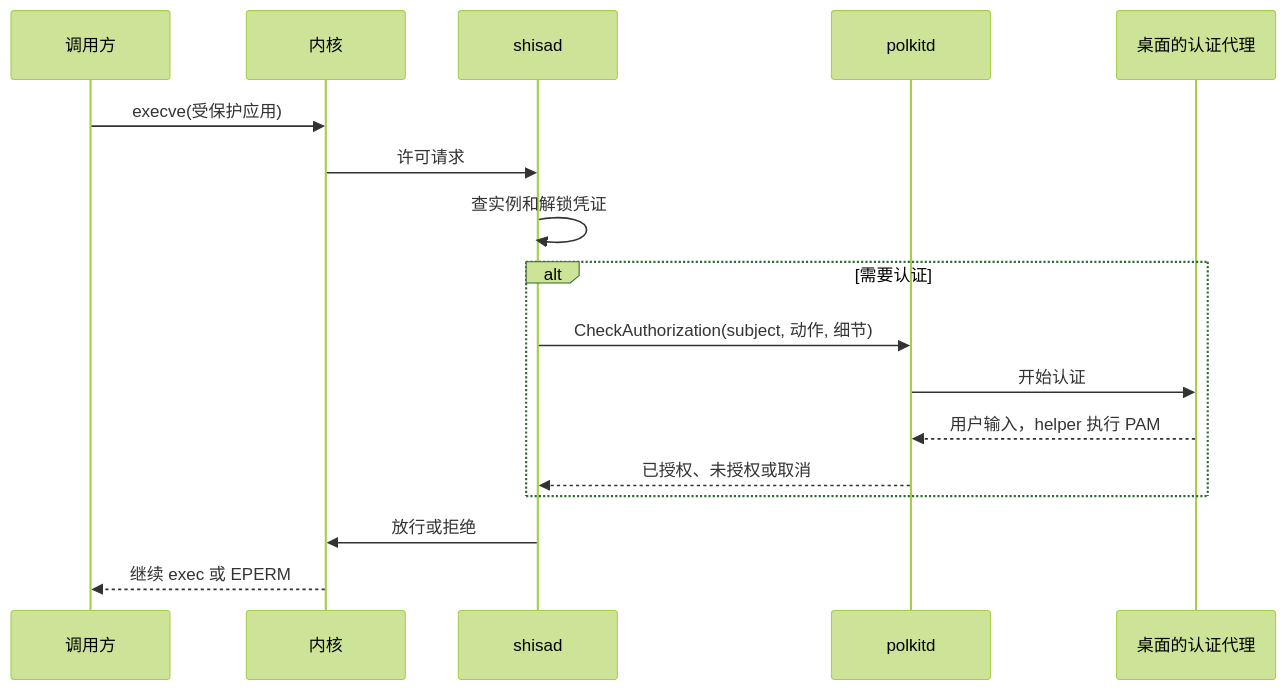
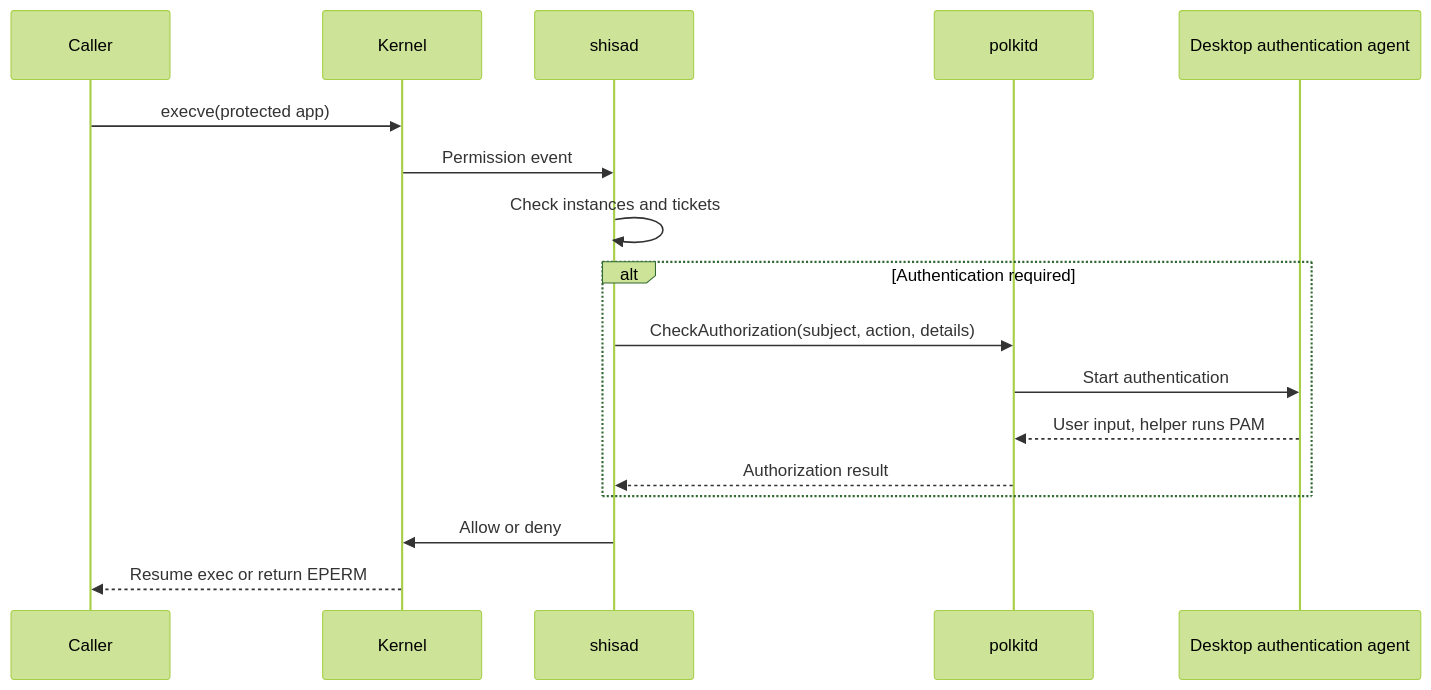
Before and after one commit to RiverOnVenus/Shisa: the diagram in docs/subsystems/authentication.md, drawn with Mermaid (forest theme). The commit also changed other lines of this file and 10 other files, not shown here.

````diff
--- a/docs/subsystems/authentication.md
+++ b/docs/subsystems/authentication.md
@@ -5,19 +5,19 @@
 ```mermaid
 sequenceDiagram
-  participant X as 调用方
-  participant K as 内核
+  participant X as Caller
+  participant K as Kernel
   participant S as shisad
   participant P as polkitd
-  participant A as 桌面的认证代理
-  X->>K: execve(受保护应用)
-  K->>S: 许可请求
-  S->>S: 查实例和解锁凭证
-  alt 需要认证
-    S->>P: CheckAuthorization(subject, 动作, 细节)
-    P->>A: 开始认证
-    A-->>P: 用户输入，helper 执行 PAM
-    P-->>S: 已授权、未授权或取消
+  participant A as Desktop authentication agent
+  X->>K: execve(protected app)
+  K->>S: Permission event
+  S->>S: Check instances and tickets
+  alt Authentication required
+    S->>P: CheckAuthorization(subject, action, details)
+    P->>A: Start authentication
+    A-->>P: User input, helper runs PAM
+    P-->>S: Authorization result
   end
-  S->>K: 放行或拒绝
-  K-->>X: 继续 exec 或 EPERM
+  S->>K: Allow or deny
+  K-->>X: Resume exec or return EPERM
 ```
````
